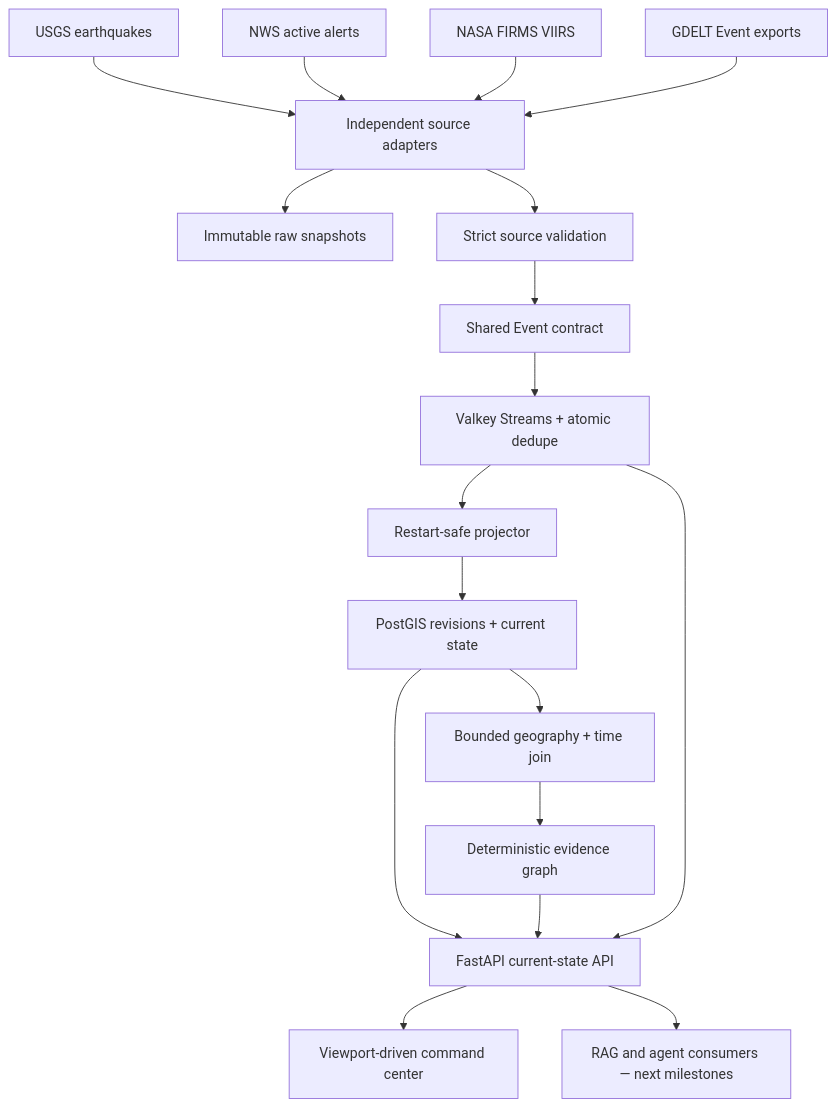
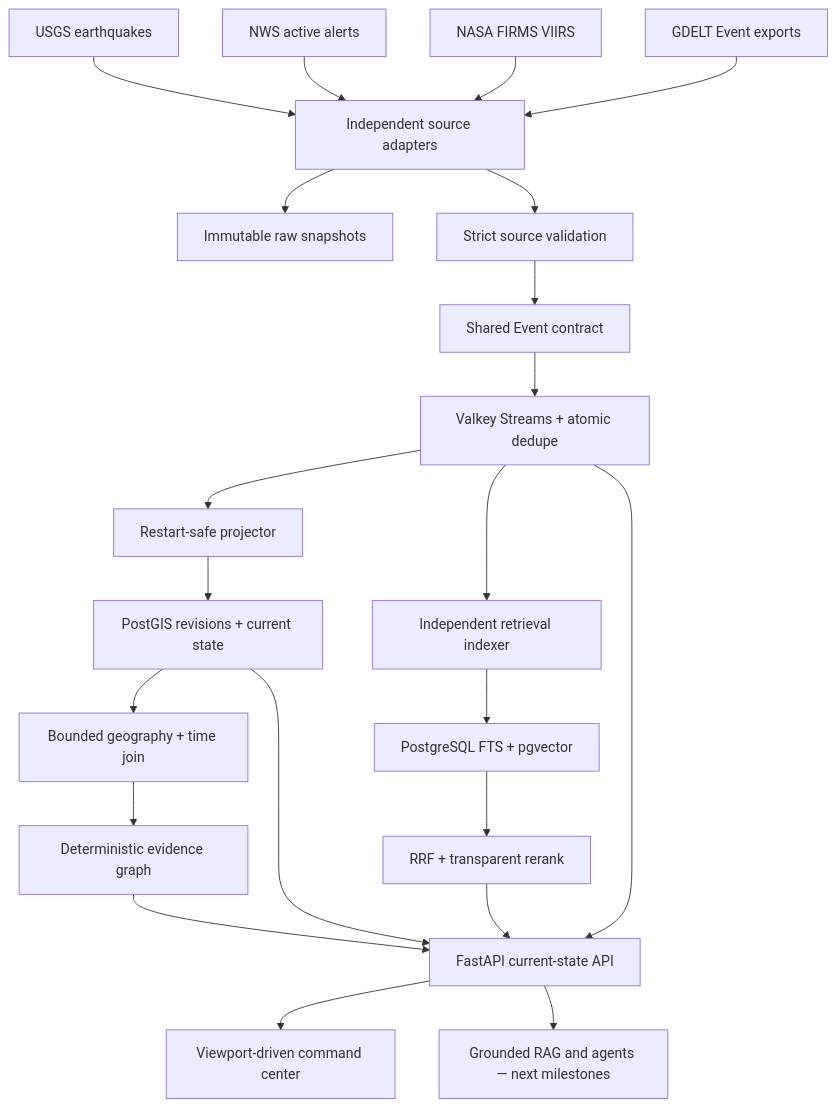
One commit to Thivas12/atlas-pulse changed the diagram in README.md. Above: the diagram before and after it, drawn with Mermaid. The commit also changed other lines of this file and 40 other files, not shown here.

First line of the commit message:
feat: add evidence-first hybrid retrieval (#19)

````diff
--- a/README.md
+++ b/README.md
@@ -41,20 +45,24 @@
 ```mermaid
 flowchart TD
     USGS["USGS earthquakes"] --> Adapters["Independent source adapters"]
     NWS["NWS active alerts"] --> Adapters
     FIRMS["NASA FIRMS VIIRS"] --> Adapters
     GDELT["GDELT Event exports"] --> Adapters
     Adapters --> Raw["Immutable raw snapshots"]
     Adapters --> Validate["Strict source validation"]
     Validate --> Contract["Shared Event contract"]
     Contract --> Stream["Valkey Streams + atomic dedupe"]
     Stream --> Projector["Restart-safe projector"]
     Projector --> PostGIS["PostGIS revisions + current state"]
+    Stream --> Indexer["Independent retrieval indexer"]
+    Indexer --> Hybrid["PostgreSQL FTS + pgvector"]
     PostGIS --> Correlate["Bounded geography + time join"]
     Correlate --> Graph["Deterministic evidence graph"]
     PostGIS --> API["FastAPI current-state API"]
+    Hybrid --> Search["RRF + transparent rerank"]
+    Search --> API
     Graph --> API
     Stream --> API
     API --> Web["Viewport-driven command center"]
-    API --> Agents["RAG and agent consumers — next milestones"]
+    API --> Agents["Grounded RAG and agents — next milestones"]
 ```
````
